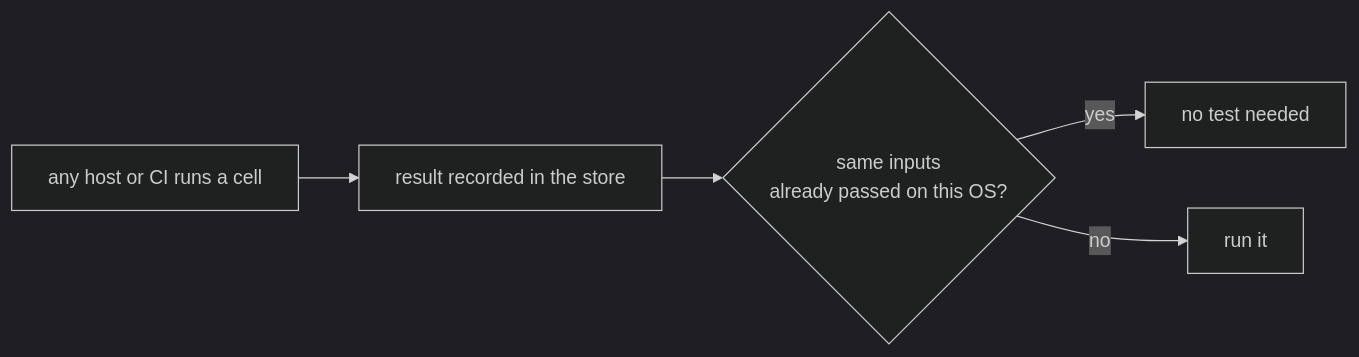
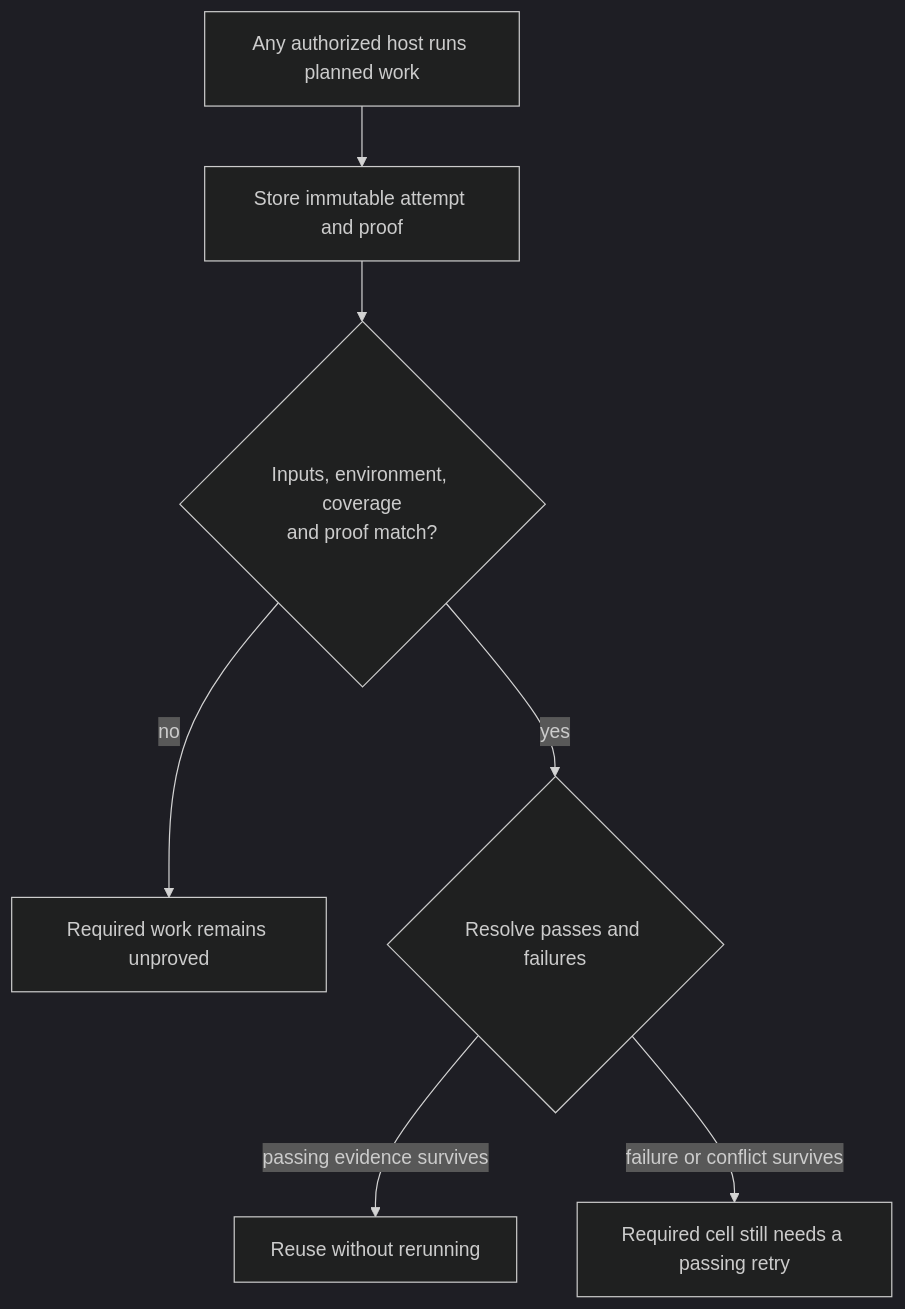
The first of 2 diagrams in features/2026-11-06-any-host-evidence/spec.md (yankeeinlondon/rusty-biscuit), drawn with Mermaid (dark theme) before and after one commit. The commit also changed other lines of this file and 1 other file, not shown here.

First line of the commit message:
planning(repo): record any-host evidence implementation plan

````diff
--- a/features/2026-11-06-any-host-evidence/spec.md
+++ b/features/2026-11-06-any-host-evidence/spec.md
@@ -28,7 +81,9 @@
 ```mermaid
-flowchart LR
-    Run[any host or CI runs a cell] --> Record[result recorded in the store]
-    Record --> Query{same inputs<br/>already passed on this OS?}
-    Query -->|yes| Skip[no test needed]
-    Query -->|no| Test[run it]
+flowchart TD
+    Run[Any authorized host runs planned work] --> Record[Store immutable attempt and proof]
+    Record --> Verify{Inputs, environment, coverage<br/>and proof match?}
+    Verify -->|no| Missing[Required work remains unproved]
+    Verify -->|yes| Resolve{Resolve passes and failures}
+    Resolve -->|passing evidence survives| Reuse[Reuse without rerunning]
+    Resolve -->|failure or conflict survives| Required[Required cell still needs a passing retry]
 ```
````
